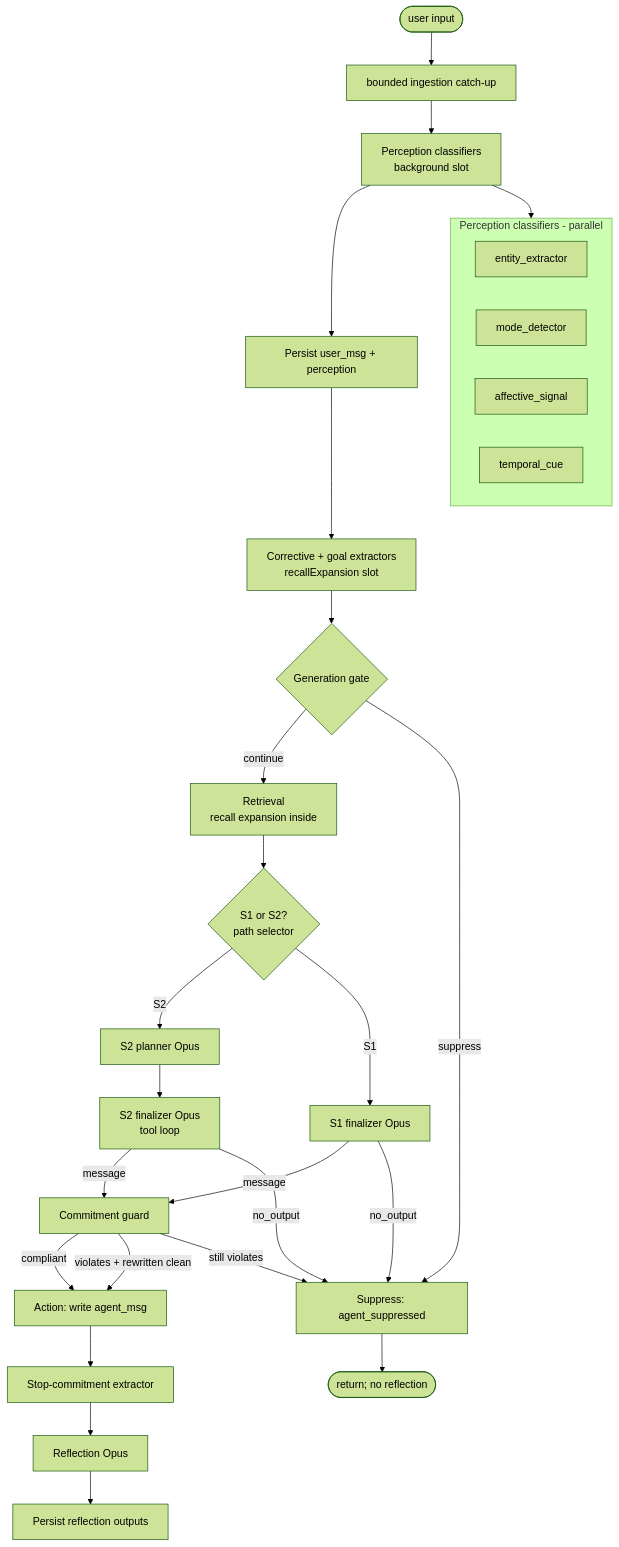
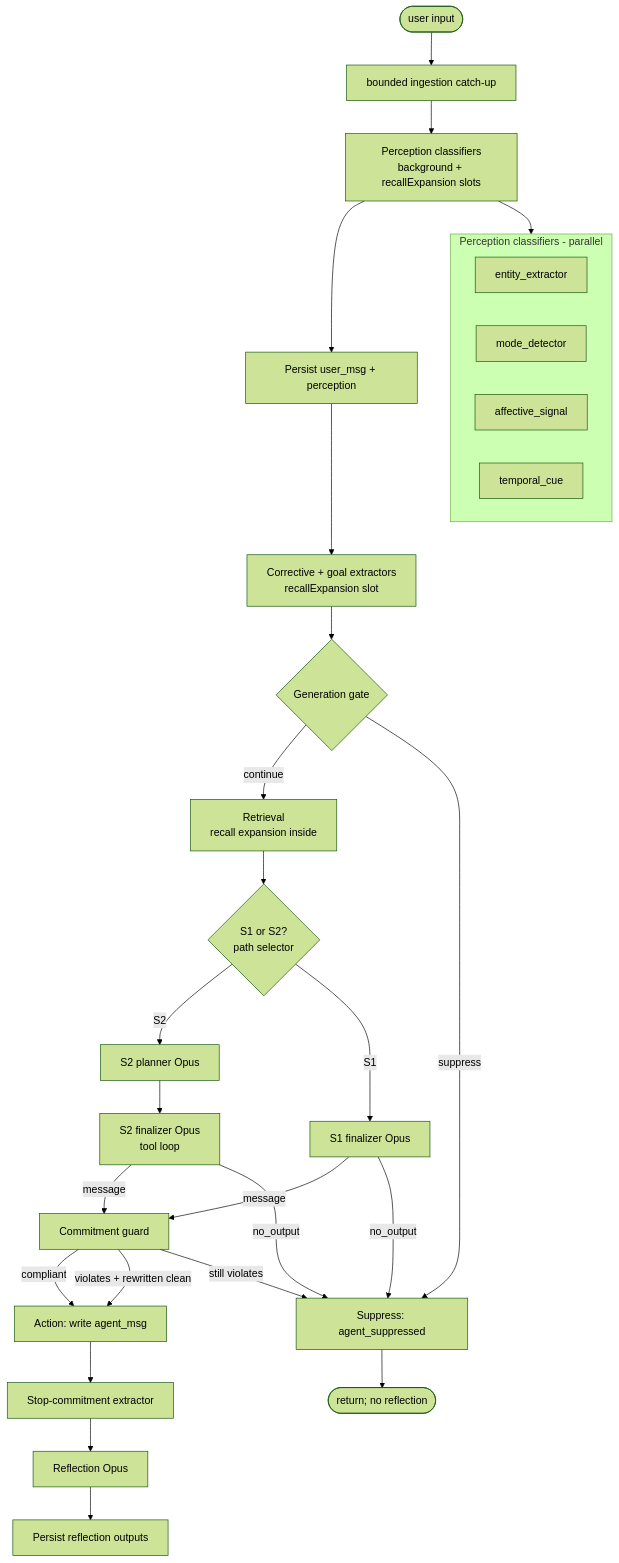
The second of 5 diagrams in ARCHITECTURE_BRIEF.md (TKasperczyk/borg), drawn with Mermaid (forest theme) before and after one commit. The commit also changed other lines of this file, not shown here.

First line of the commit message:
Update ARCHITECTURE_BRIEF for perception slot split + recency

````diff
--- a/ARCHITECTURE_BRIEF.md
+++ b/ARCHITECTURE_BRIEF.md
@@ -115,34 +115,34 @@
 ```mermaid
 flowchart TD
     A([user input]) --> Z[bounded ingestion catch-up]
-    Z --> B[Perception classifiers<br/>background slot]
+    Z --> B[Perception classifiers<br/>background + recallExpansion slots]
     B --> C[Persist user_msg + perception]
     C --> D[Corrective + goal extractors<br/>recallExpansion slot]
     D --> GG{Generation gate}
     GG -->|continue| R[Retrieval<br/>recall expansion inside]
     GG -->|suppress| K[Suppress: agent_suppressed]
     R --> E{S1 or S2?<br/>path selector}
     E -->|S2| F[S2 planner Opus]
     E -->|S1| G[S1 finalizer Opus]
     F --> H[S2 finalizer Opus<br/>tool loop]
     H -->|message| I[Commitment guard]
     G -->|message| I
     H -->|no_output| K
     G -->|no_output| K
     I -->|compliant| J[Action: write agent_msg]
     I -->|violates + rewritten clean| J
     I -->|still violates| K
     J --> S[Stop-commitment extractor]
     S --> L[Reflection Opus]
     L --> M[Persist reflection outputs]
     K --> X([return; no reflection])
 
     subgraph perception [Perception classifiers - parallel]
         P1[entity_extractor]
         P2[mode_detector]
         P3[affective_signal]
         P4[temporal_cue]
     end
 
     B --> perception
 ```
````
